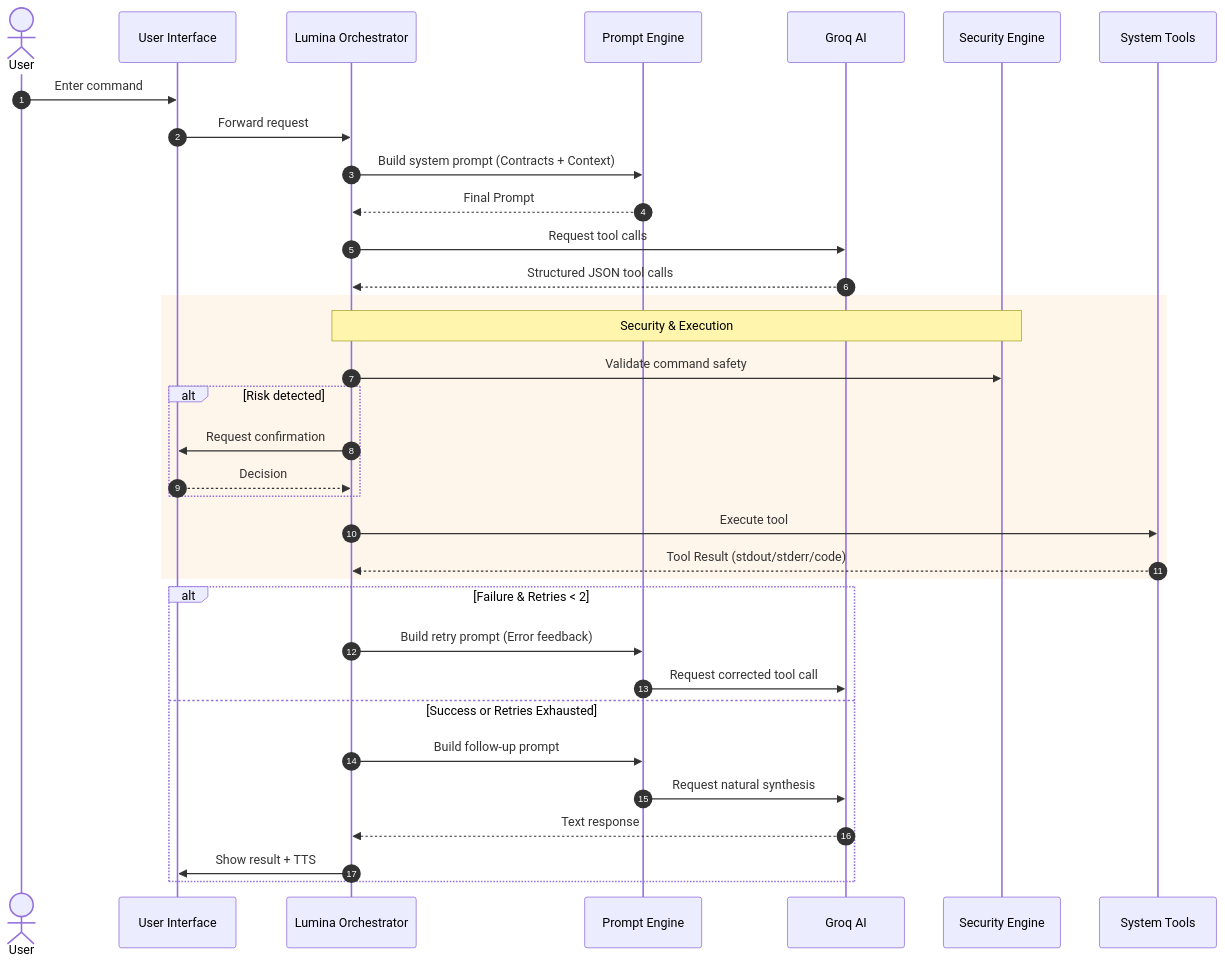
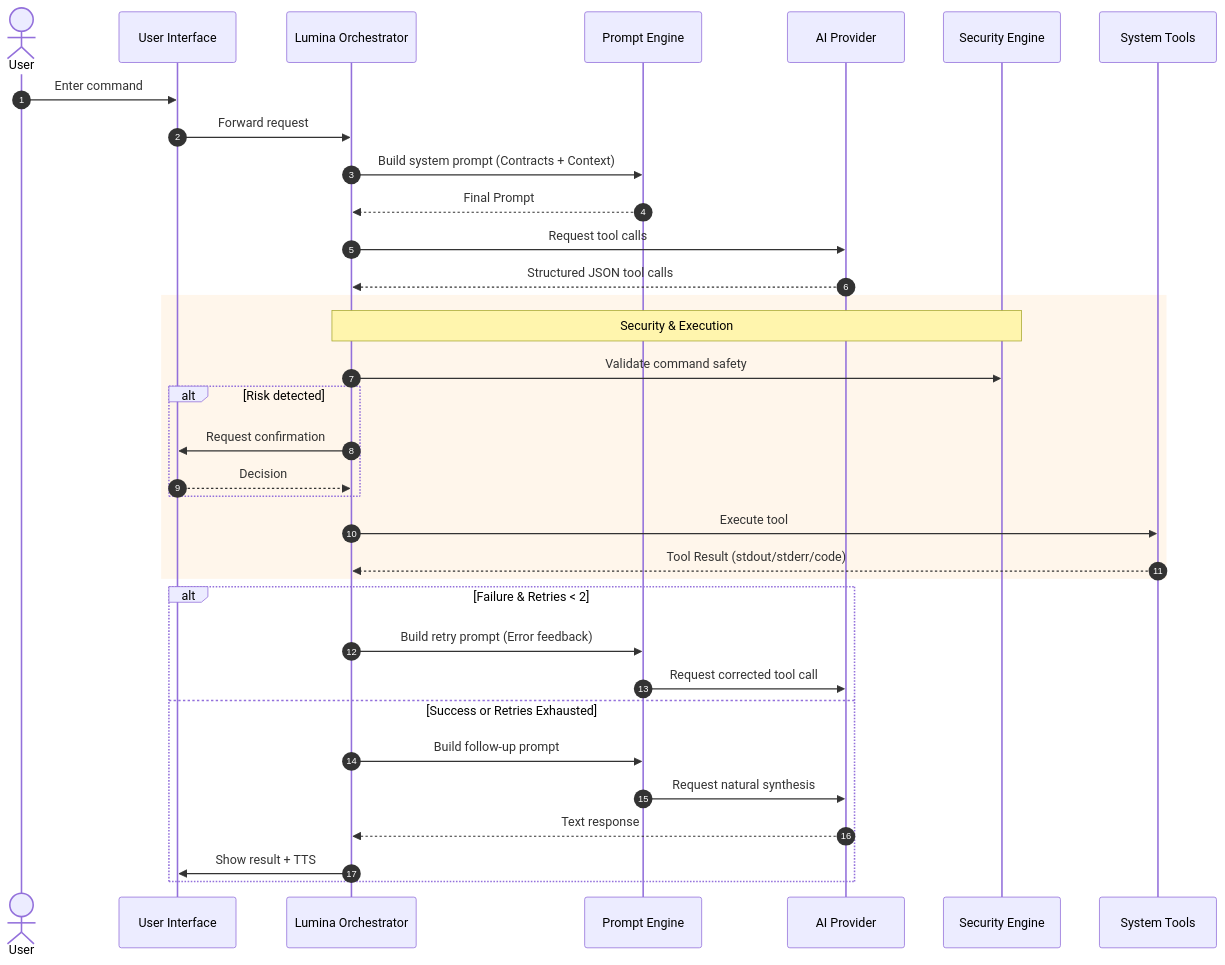
Before and after one commit to Rafacuy/desklumina: the second of 2 diagrams in docs/05-architecture.md, drawn with Mermaid. The commit also changed other lines of this file and 114 other files, not shown here.

````diff
--- a/docs/05-architecture.md
+++ b/docs/05-architecture.md
@@ -107,39 +123,39 @@
 ```mermaid
 sequenceDiagram
     autonumber
     actor User
     participant UI as User Interface
     participant Core as Lumina Orchestrator
     participant Prompt as Prompt Engine
-    participant AI as Groq AI
+    participant AI as AI Provider
     participant Sec as Security Engine
     participant OS as System Tools
 
     User->>UI: Enter command
     UI->>Core: Forward request
     Core->>Prompt: Build system prompt (Contracts + Context)
     Prompt-->>Core: Final Prompt
     Core->>AI: Request tool calls
     AI-->>Core: Structured JSON tool calls
     
     rect rgba(255, 140, 0, 0.08)
         Note over Core,Sec: Security & Execution
         Core->>Sec: Validate command safety
         alt Risk detected
             Core->>UI: Request confirmation
             UI-->>Core: Decision
         end
         Core->>OS: Execute tool
         OS-->>Core: Tool Result (stdout/stderr/code)
     end
 
     alt Failure & Retries < 2
         Core->>Prompt: Build retry prompt (Error feedback)
         Prompt->>AI: Request corrected tool call
     else Success or Retries Exhausted
         Core->>Prompt: Build follow-up prompt
         Prompt->>AI: Request natural synthesis
         AI-->>Core: Text response
         Core->>UI: Show result + TTS
     end
 ```
````
